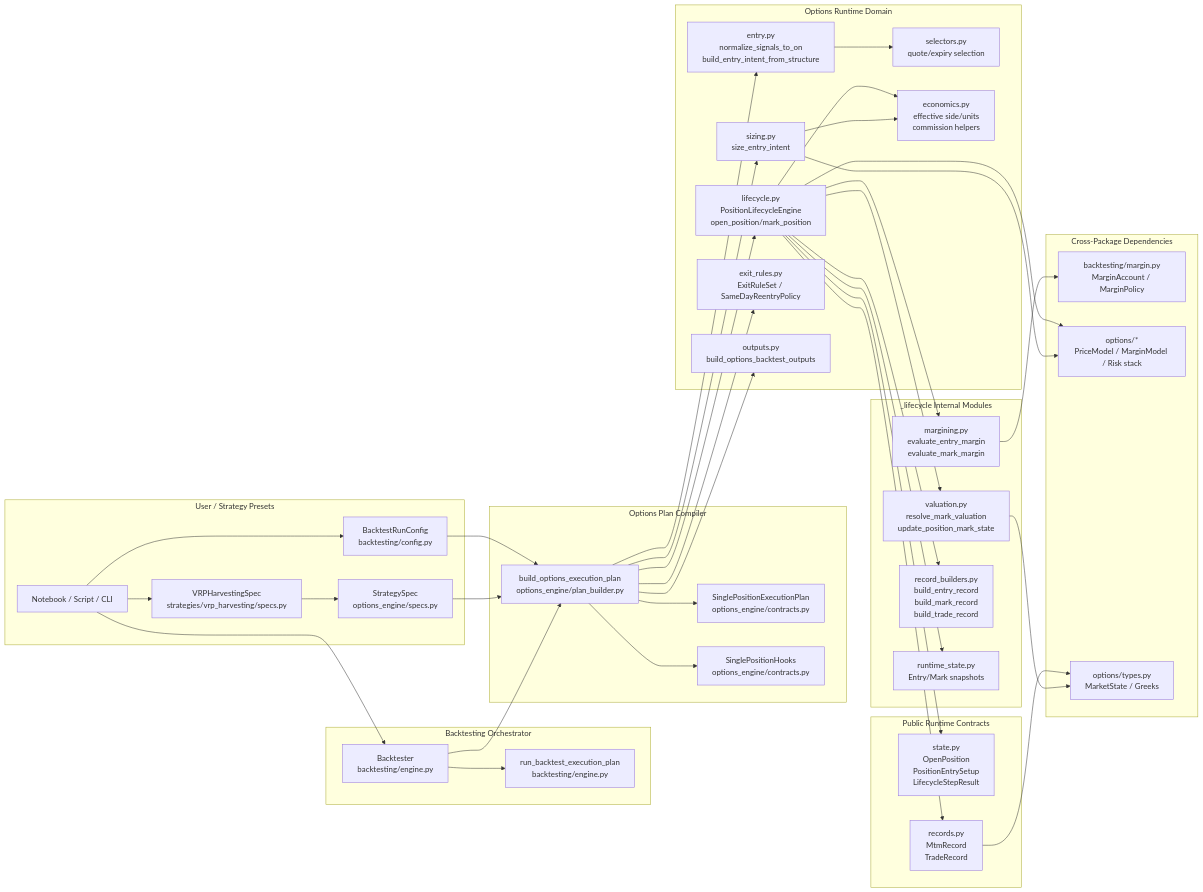
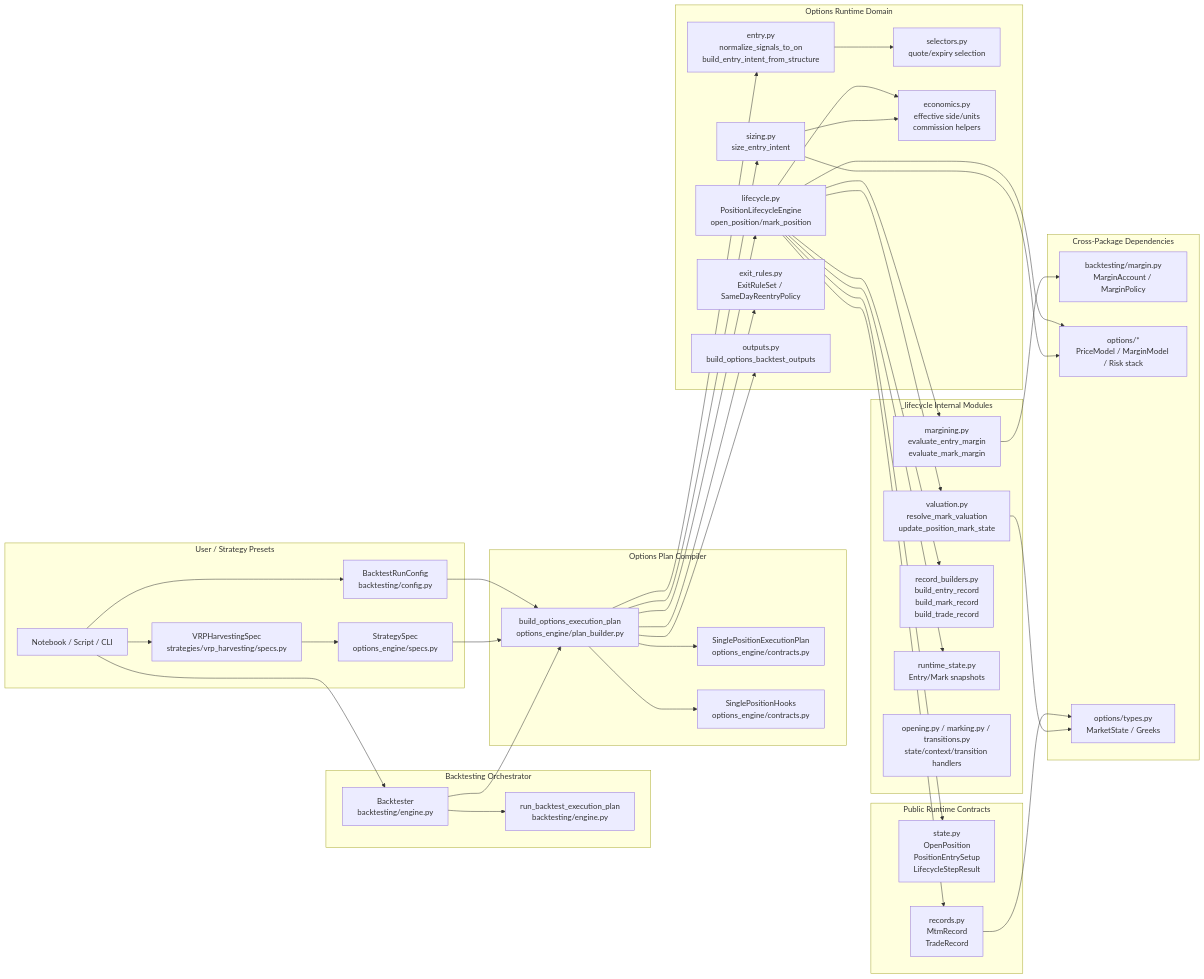
Before and after one commit to anthonymakarewicz/volatility-trading: the first of 6 diagrams in docs/reference/options_backtesting_architecture_internals.md, drawn with Mermaid. The commit also changed other lines of this file and 6 other files, not shown here.

Commit message:
refactor(backtesting): split lifecycle control-flow modules and add output regression snapshots

````diff
--- a/docs/reference/options_backtesting_architecture_internals.md
+++ b/docs/reference/options_backtesting_architecture_internals.md
@@ -23,77 +23,78 @@
 ```mermaid
 flowchart LR
     subgraph UserLayer[User / Strategy Presets]
         U1[Notebook / Script / CLI]
         U2[VRPHarvestingSpec\nstrategies/vrp_harvesting/specs.py]
         U3[StrategySpec\noptions_engine/specs.py]
         U4[BacktestRunConfig\nbacktesting/config.py]
     end
 
     subgraph Orchestrator[Backtesting Orchestrator]
         O1[Backtester\nbacktesting/engine.py]
         O2[run_backtest_execution_plan\nbacktesting/engine.py]
     end
 
     subgraph PlanCompiler[Options Plan Compiler]
         P1[build_options_execution_plan\noptions_engine/plan_builder.py]
         P2[SinglePositionExecutionPlan\noptions_engine/contracts.py]
         P3[SinglePositionHooks\noptions_engine/contracts.py]
     end
 
     subgraph RuntimeDomain[Options Runtime Domain]
         R1[entry.py\nnormalize_signals_to_on\nbuild_entry_intent_from_structure]
         R2[sizing.py\nsize_entry_intent]
         R3[lifecycle.py\nPositionLifecycleEngine\nopen_position/mark_position]
         R4[exit_rules.py\nExitRuleSet / SameDayReentryPolicy]
         R5[selectors.py\nquote/expiry selection]
         R6[economics.py\neffective side/units\ncommission helpers]
         R7[outputs.py\nbuild_options_backtest_outputs]
     end
 
     subgraph LifecycleInternals[_lifecycle Internal Modules]
         L1[valuation.py\nresolve_mark_valuation\nupdate_position_mark_state]
         L2[margining.py\nevaluate_entry_margin\nevaluate_mark_margin]
         L3[record_builders.py\nbuild_entry_record\nbuild_mark_record\nbuild_trade_record]
         L4[runtime_state.py\nEntry/Mark snapshots]
+        L5[opening.py / marking.py / transitions.py\nstate/context/transition handlers]
     end
 
     subgraph RuntimeContracts[Public Runtime Contracts]
         C1[state.py\nOpenPosition\nPositionEntrySetup\nLifecycleStepResult]
         C2[records.py\nMtmRecord\nTradeRecord]
     end
 
     subgraph ExternalDeps[Cross-Package Dependencies]
         X1[backtesting/margin.py\nMarginAccount / MarginPolicy]
         X2[options/*\nPriceModel / MarginModel / Risk stack]
         X3[options/types.py\nMarketState / Greeks]
     end
 
     U1 --> U2 --> U3
     U1 --> U4
     U1 --> O1
     O1 --> P1
     O1 --> O2
     U3 --> P1
     U4 --> P1
     P1 --> P2
     P1 --> P3
     P1 --> R1
     P1 --> R2
     P1 --> R3
     P1 --> R4
     P1 --> R7
     R1 --> R5
     R2 --> R6
     R3 --> R6
     R3 --> L1
     R3 --> L2
     R3 --> L3
     R3 --> L4
     R3 --> C1
     R3 --> C2
     L2 --> X1
     R2 --> X2
     R3 --> X2
     L1 --> X3
     C2 --> X3
 ```
````
